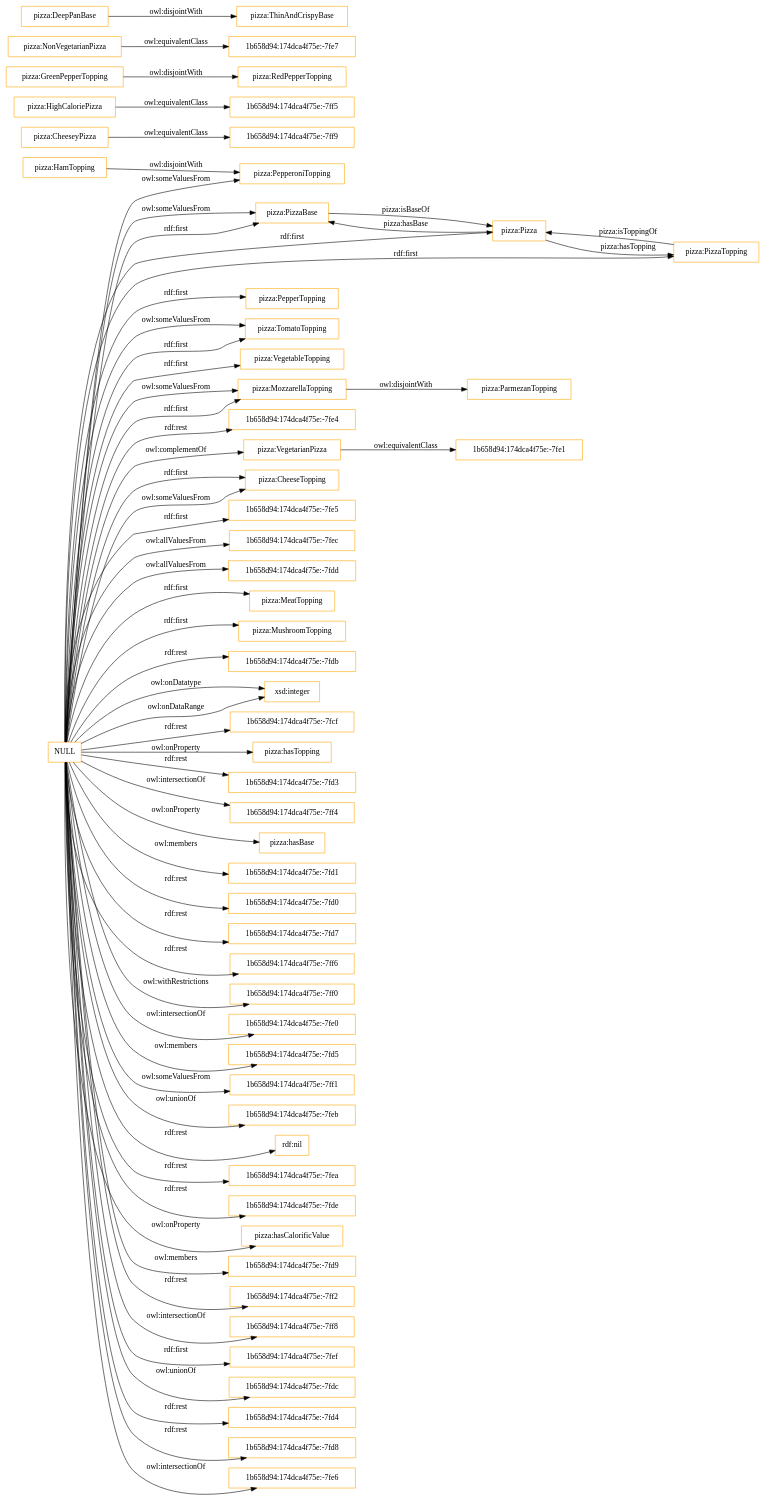
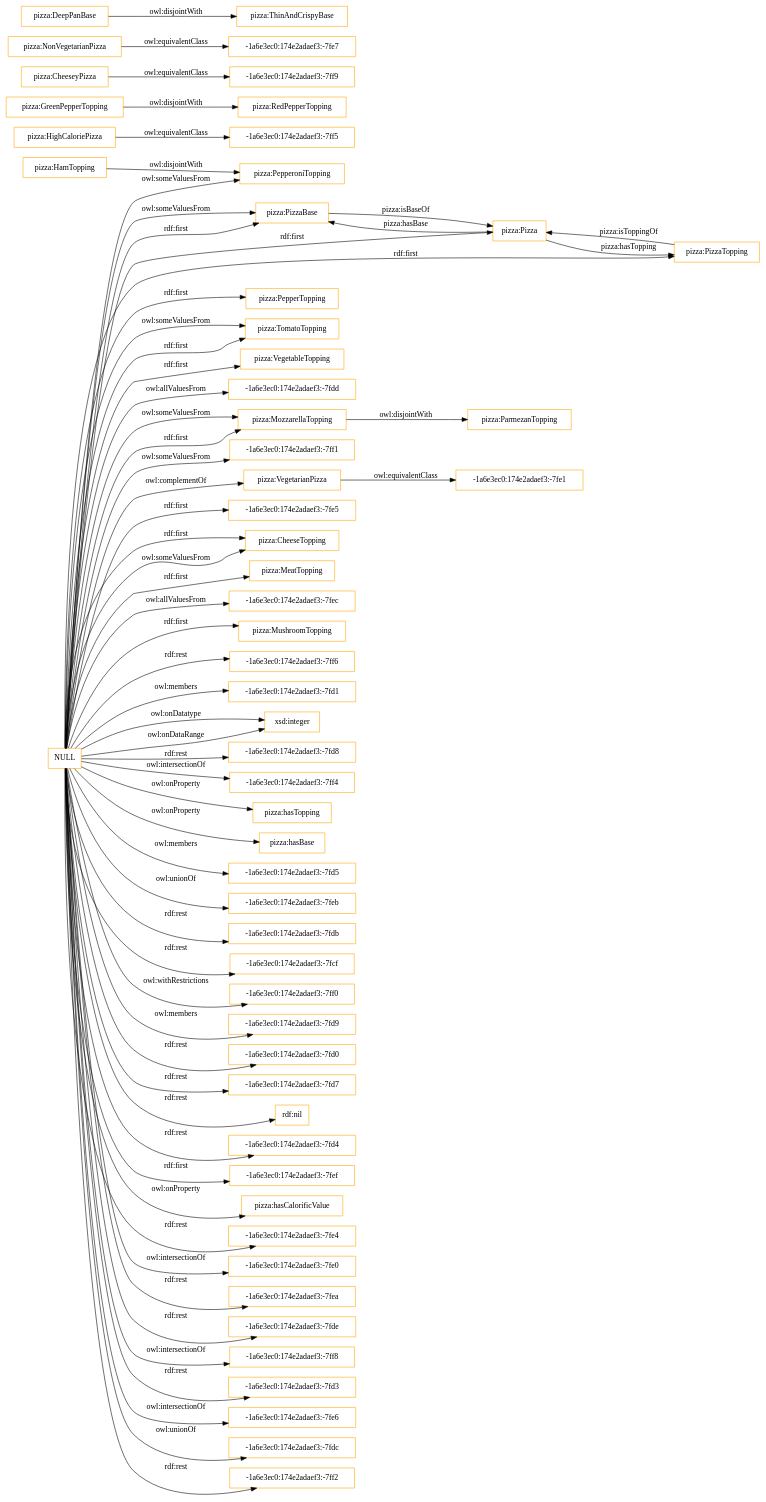
One commit to Muucha/test_ontology changed the diagram in OnToology/pizza.owl/diagrams/ar2dtool-class/pizza.owl.png.dot. Above: the diagram before and after it, drawn with Graphviz. The commit also changed 7 other files, not shown here.

```diff
--- a/OnToology/pizza.owl/diagrams/ar2dtool-class/pizza.owl.png.dot
+++ b/OnToology/pizza.owl/diagrams/ar2dtool-class/pizza.owl.png.dot
@@ -1,67 +1,67 @@
 digraph ar2dtool_diagram { 
 rankdir=LR;
 size="1501"
-node [shape = rectangle, color="orange"]; "pizza:PizzaBase" "1b658d94:174dca4f75e:-7ff9" "1b658d94:174dca4f75e:-7fe1" "pizza:PepperTopping" "pizza:HighCaloriePizza" "pizza:TomatoTopping" "pizza:VegetableTopping" "pizza:GreenPepperTopping" "pizza:CheeseyPizza" "pizza:MozzarellaTopping" "pizza:PepperoniTopping" "pizza:VegetarianPizza" "pizza:RedPepperTopping" "pizza:PizzaTopping" "pizza:NonVegetarianPizza" "pizza:ParmezanTopping" "pizza:CheeseTopping" "1b658d94:174dca4f75e:-7fe5" "1b658d94:174dca4f75e:-7fec" "pizza:DeepPanBase" "pizza:Pizza" "1b658d94:174dca4f75e:-7fdd" "pizza:HamTopping" "pizza:MeatTopping" "1b658d94:174dca4f75e:-7fe7" "pizza:MushroomTopping" "1b658d94:174dca4f75e:-7ff5" "pizza:ThinAndCrispyBase" ; /*classes style*/
-	"pizza:NonVegetarianPizza" -> "1b658d94:174dca4f75e:-7fe7" [ label = "owl:equivalentClass" ];
+node [shape = rectangle, color="orange"]; "pizza:PizzaBase" "pizza:PepperTopping" "-1a6e3ec0:174e2adaef3:-7ff5" "pizza:HighCaloriePizza" "pizza:TomatoTopping" "pizza:VegetableTopping" "pizza:GreenPepperTopping" "-1a6e3ec0:174e2adaef3:-7fdd" "-1a6e3ec0:174e2adaef3:-7fe1" "pizza:CheeseyPizza" "pizza:MozzarellaTopping" "pizza:PepperoniTopping" "pizza:VegetarianPizza" "pizza:RedPepperTopping" "pizza:PizzaTopping" "-1a6e3ec0:174e2adaef3:-7fe5" "pizza:NonVegetarianPizza" "pizza:ParmezanTopping" "pizza:CheeseTopping" "-1a6e3ec0:174e2adaef3:-7ff9" "pizza:DeepPanBase" "pizza:Pizza" "-1a6e3ec0:174e2adaef3:-7fe7" "pizza:HamTopping" "pizza:MeatTopping" "-1a6e3ec0:174e2adaef3:-7fec" "pizza:MushroomTopping" "pizza:ThinAndCrispyBase" ; /*classes style*/
+	"pizza:NonVegetarianPizza" -> "-1a6e3ec0:174e2adaef3:-7fe7" [ label = "owl:equivalentClass" ];
 	"pizza:DeepPanBase" -> "pizza:ThinAndCrispyBase" [ label = "owl:disjointWith" ];
 	"pizza:GreenPepperTopping" -> "pizza:RedPepperTopping" [ label = "owl:disjointWith" ];
-	"pizza:CheeseyPizza" -> "1b658d94:174dca4f75e:-7ff9" [ label = "owl:equivalentClass" ];
-	"pizza:VegetarianPizza" -> "1b658d94:174dca4f75e:-7fe1" [ label = "owl:equivalentClass" ];
+	"pizza:CheeseyPizza" -> "-1a6e3ec0:174e2adaef3:-7ff9" [ label = "owl:equivalentClass" ];
+	"pizza:VegetarianPizza" -> "-1a6e3ec0:174e2adaef3:-7fe1" [ label = "owl:equivalentClass" ];
 	"NULL" -> "pizza:PizzaTopping" [ label = "rdf:first" ];
+	"NULL" -> "-1a6e3ec0:174e2adaef3:-7ff6" [ label = "rdf:rest" ];
+	"NULL" -> "-1a6e3ec0:174e2adaef3:-7fd1" [ label = "owl:members" ];
 	"NULL" -> "pizza:VegetableTopping" [ label = "rdf:first" ];
 	"NULL" -> "pizza:CheeseTopping" [ label = "rdf:first" ];
-	"NULL" -> "1b658d94:174dca4f75e:-7fdb" [ label = "rdf:rest" ];
 	"NULL" -> "pizza:TomatoTopping" [ label = "owl:someValuesFrom" ];
 	"NULL" -> "xsd:integer" [ label = "owl:onDatatype" ];
-	"NULL" -> "1b658d94:174dca4f75e:-7fcf" [ label = "rdf:rest" ];
-	"NULL" -> "1b658d94:174dca4f75e:-7fdd" [ label = "owl:allValuesFrom" ];
+	"NULL" -> "-1a6e3ec0:174e2adaef3:-7fd8" [ label = "rdf:rest" ];
+	"NULL" -> "-1a6e3ec0:174e2adaef3:-7ff4" [ label = "owl:intersectionOf" ];
 	"NULL" -> "pizza:hasTopping" [ label = "owl:onProperty" ];
-	"NULL" -> "1b658d94:174dca4f75e:-7fd3" [ label = "rdf:rest" ];
 	"NULL" -> "pizza:TomatoTopping" [ label = "rdf:first" ];
-	"NULL" -> "1b658d94:174dca4f75e:-7ff4" [ label = "owl:intersectionOf" ];
 	"NULL" -> "pizza:hasBase" [ label = "owl:onProperty" ];
-	"NULL" -> "1b658d94:174dca4f75e:-7fd1" [ label = "owl:members" ];
-	"NULL" -> "1b658d94:174dca4f75e:-7fd0" [ label = "rdf:rest" ];
-	"NULL" -> "1b658d94:174dca4f75e:-7fd7" [ label = "rdf:rest" ];
-	"NULL" -> "1b658d94:174dca4f75e:-7ff6" [ label = "rdf:rest" ];
-	"NULL" -> "1b658d94:174dca4f75e:-7ff0" [ label = "owl:withRestrictions" ];
+	"NULL" -> "-1a6e3ec0:174e2adaef3:-7fe5" [ label = "rdf:first" ];
+	"NULL" -> "-1a6e3ec0:174e2adaef3:-7fd5" [ label = "owl:members" ];
+	"NULL" -> "-1a6e3ec0:174e2adaef3:-7feb" [ label = "owl:unionOf" ];
 	"NULL" -> "xsd:integer" [ label = "owl:onDataRange" ];
-	"NULL" -> "1b658d94:174dca4f75e:-7fe0" [ label = "owl:intersectionOf" ];
+	"NULL" -> "-1a6e3ec0:174e2adaef3:-7fdb" [ label = "rdf:rest" ];
+	"NULL" -> "-1a6e3ec0:174e2adaef3:-7fcf" [ label = "rdf:rest" ];
 	"NULL" -> "pizza:PizzaBase" [ label = "owl:someValuesFrom" ];
 	"NULL" -> "pizza:CheeseTopping" [ label = "owl:someValuesFrom" ];
-	"NULL" -> "1b658d94:174dca4f75e:-7fd5" [ label = "owl:members" ];
-	"NULL" -> "1b658d94:174dca4f75e:-7ff1" [ label = "owl:someValuesFrom" ];
-	"NULL" -> "1b658d94:174dca4f75e:-7feb" [ label = "owl:unionOf" ];
+	"NULL" -> "-1a6e3ec0:174e2adaef3:-7ff0" [ label = "owl:withRestrictions" ];
+	"NULL" -> "-1a6e3ec0:174e2adaef3:-7fd9" [ label = "owl:members" ];
+	"NULL" -> "-1a6e3ec0:174e2adaef3:-7fd0" [ label = "rdf:rest" ];
+	"NULL" -> "-1a6e3ec0:174e2adaef3:-7fd7" [ label = "rdf:rest" ];
 	"NULL" -> "rdf:nil" [ label = "rdf:rest" ];
-	"NULL" -> "1b658d94:174dca4f75e:-7fea" [ label = "rdf:rest" ];
+	"NULL" -> "-1a6e3ec0:174e2adaef3:-7fd4" [ label = "rdf:rest" ];
 	"NULL" -> "pizza:PepperTopping" [ label = "rdf:first" ];
-	"NULL" -> "1b658d94:174dca4f75e:-7fde" [ label = "rdf:rest" ];
 	"NULL" -> "pizza:PizzaBase" [ label = "rdf:first" ];
+	"NULL" -> "-1a6e3ec0:174e2adaef3:-7fef" [ label = "rdf:first" ];
+	"NULL" -> "-1a6e3ec0:174e2adaef3:-7fdd" [ label = "owl:allValuesFrom" ];
 	"NULL" -> "pizza:hasCalorificValue" [ label = "owl:onProperty" ];
-	"NULL" -> "1b658d94:174dca4f75e:-7fd9" [ label = "owl:members" ];
+	"NULL" -> "-1a6e3ec0:174e2adaef3:-7fe4" [ label = "rdf:rest" ];
 	"NULL" -> "pizza:MozzarellaTopping" [ label = "owl:someValuesFrom" ];
-	"NULL" -> "1b658d94:174dca4f75e:-7ff2" [ label = "rdf:rest" ];
 	"NULL" -> "pizza:MushroomTopping" [ label = "rdf:first" ];
 	"NULL" -> "pizza:MozzarellaTopping" [ label = "rdf:first" ];
-	"NULL" -> "1b658d94:174dca4f75e:-7ff8" [ label = "owl:intersectionOf" ];
 	"NULL" -> "pizza:Pizza" [ label = "rdf:first" ];
-	"NULL" -> "1b658d94:174dca4f75e:-7fef" [ label = "rdf:first" ];
-	"NULL" -> "1b658d94:174dca4f75e:-7fdc" [ label = "owl:unionOf" ];
 	"NULL" -> "pizza:MeatTopping" [ label = "rdf:first" ];
-	"NULL" -> "1b658d94:174dca4f75e:-7fd4" [ label = "rdf:rest" ];
-	"NULL" -> "1b658d94:174dca4f75e:-7fe5" [ label = "rdf:first" ];
+	"NULL" -> "-1a6e3ec0:174e2adaef3:-7fe0" [ label = "owl:intersectionOf" ];
+	"NULL" -> "-1a6e3ec0:174e2adaef3:-7fea" [ label = "rdf:rest" ];
+	"NULL" -> "-1a6e3ec0:174e2adaef3:-7fde" [ label = "rdf:rest" ];
 	"NULL" -> "pizza:VegetarianPizza" [ label = "owl:complementOf" ];
-	"NULL" -> "1b658d94:174dca4f75e:-7fd8" [ label = "rdf:rest" ];
-	"NULL" -> "1b658d94:174dca4f75e:-7fe6" [ label = "owl:intersectionOf" ];
-	"NULL" -> "1b658d94:174dca4f75e:-7fe4" [ label = "rdf:rest" ];
-	"NULL" -> "1b658d94:174dca4f75e:-7fec" [ label = "owl:allValuesFrom" ];
+	"NULL" -> "-1a6e3ec0:174e2adaef3:-7ff8" [ label = "owl:intersectionOf" ];
+	"NULL" -> "-1a6e3ec0:174e2adaef3:-7fd3" [ label = "rdf:rest" ];
+	"NULL" -> "-1a6e3ec0:174e2adaef3:-7fe6" [ label = "owl:intersectionOf" ];
+	"NULL" -> "-1a6e3ec0:174e2adaef3:-7fec" [ label = "owl:allValuesFrom" ];
+	"NULL" -> "-1a6e3ec0:174e2adaef3:-7fdc" [ label = "owl:unionOf" ];
+	"NULL" -> "-1a6e3ec0:174e2adaef3:-7ff2" [ label = "rdf:rest" ];
 	"NULL" -> "pizza:PepperoniTopping" [ label = "owl:someValuesFrom" ];
+	"NULL" -> "-1a6e3ec0:174e2adaef3:-7ff1" [ label = "owl:someValuesFrom" ];
 	"pizza:HamTopping" -> "pizza:PepperoniTopping" [ label = "owl:disjointWith" ];
-	"pizza:HighCaloriePizza" -> "1b658d94:174dca4f75e:-7ff5" [ label = "owl:equivalentClass" ];
+	"pizza:HighCaloriePizza" -> "-1a6e3ec0:174e2adaef3:-7ff5" [ label = "owl:equivalentClass" ];
 	"pizza:MozzarellaTopping" -> "pizza:ParmezanTopping" [ label = "owl:disjointWith" ];
 	"pizza:Pizza" -> "pizza:PizzaTopping" [ label = "pizza:hasTopping" ];
 	"pizza:Pizza" -> "pizza:PizzaBase" [ label = "pizza:hasBase" ];
 	"pizza:PizzaBase" -> "pizza:Pizza" [ label = "pizza:isBaseOf" ];
 	"pizza:PizzaTopping" -> "pizza:Pizza" [ label = "pizza:isToppingOf" ];
 
 }
```
